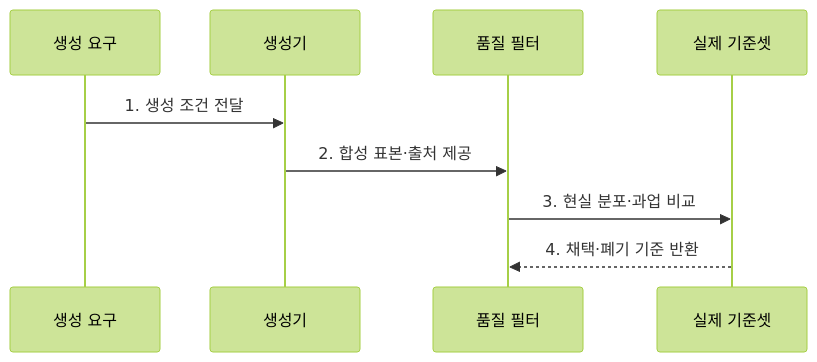
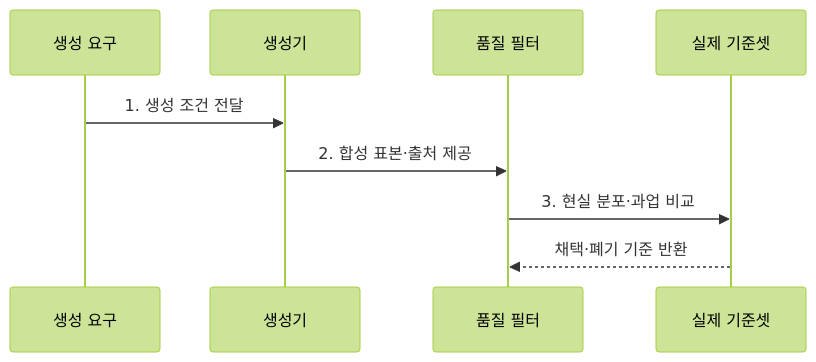
One commit to agnusdei1207/knowledge-base changed the second of 2 diagrams in src/content/docs/notes/08-latest-tech/068_synthetic_data.md. Above: the diagram before and after it, drawn with Mermaid (forest theme). The commit also changed other lines of this file and 225 other files, not shown here.

````diff
--- a/src/content/docs/notes/08-latest-tech/068_synthetic_data.md
+++ b/src/content/docs/notes/08-latest-tech/068_synthetic_data.md
@@ -79,11 +78,11 @@
 ```mermaid
 sequenceDiagram
     participant R as 생성 요구
     participant G as 생성기
     participant F as 품질 필터
     participant A as 실제 기준셋
     R->>G: 1. 생성 조건 전달
     G->>F: 2. 합성 표본·출처 제공
     F->>A: 3. 현실 분포·과업 비교
-    A-->>F: 4. 채택·폐기 기준 반환
+    A-->>F: 채택·폐기 기준 반환
 ```
````
